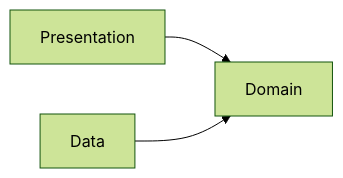
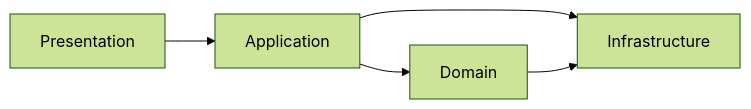
Before and after one commit to LemonAppDev/konsist: the diagram in lib/src/architectureIntegrationTest/kotlin/com/lemonappdev/konsist/architecture4/README.md, drawn with Mermaid. The commit also changed other lines of this file and 36 other files, not shown here.

Commit message:
remove unnecessary architecture test package `architecture3` with circular dependency

````diff
--- a/lib/src/architectureIntegrationTest/kotlin/com/lemonappdev/konsist/architecture4/README.md
+++ b/lib/src/architectureIntegrationTest/kotlin/com/lemonappdev/konsist/architecture4/README.md
@@ -6,5 +7,7 @@
 ```mermaid
 %%{init: {'theme': 'forest'}}%%
 flowchart LR
-    Presentation & Data --> Domain
+    Presentation --> Application
+    Application & Domain --> Infrastructure
+    Application --> Domain
 ```
````
